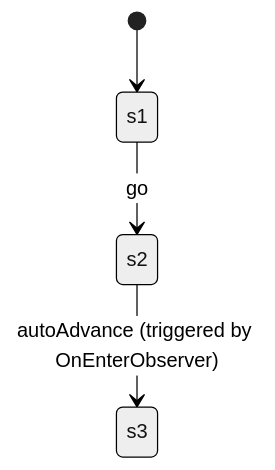
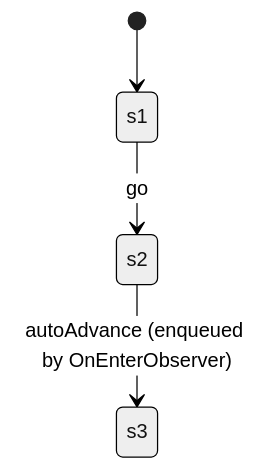
The second of 2 diagrams in docs/observers.md (camcima/finita), drawn with Mermaid (neutral theme) before and after one commit. The commit also changed other lines of this file and 12 other files, not shown here.

````diff
--- a/docs/observers.md
+++ b/docs/observers.md
@@ -269,6 +318,6 @@
 ```mermaid
 stateDiagram-v2
     [*] --> s1
     s1 --> s2 : go
-    s2 --> s3 : autoAdvance (triggered by OnEnterObserver)
+    s2 --> s3 : autoAdvance (enqueued by OnEnterObserver)
 ```
````
